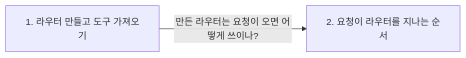
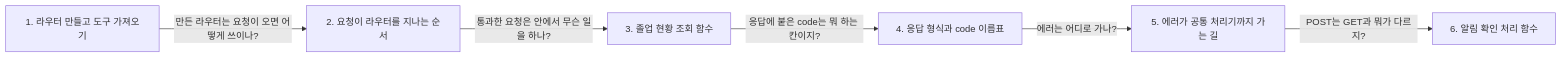
One commit to ChildrenAon/TIL changed the first of 2 diagrams in 2026/November/11-05.md. Above: the diagram before and after it, drawn with Mermaid. The commit also changed other lines of this file and 3 other files, not shown here.

Commit message:
til: 2026-11-05 졸업 현황 조회 함수, 응답 형식과 code 이름표, 에러가 공통 처리기까지 가는 길, 알림 확인 처리 함수, .catch, module.exports

````diff
--- a/2026/November/11-05.md
+++ b/2026/November/11-05.md
@@ -14,4 +20,8 @@
 ```mermaid
 flowchart LR
   A["1. 라우터 만들고 도구 가져오기"] -->|"만든 라우터는 요청이 오면 어떻게 쓰이나?"| B["2. 요청이 라우터를 지나는 순서"]
+  B -->|"통과한 요청은 안에서 무슨 일을 하나?"| C["3. 졸업 현황 조회 함수"]
+  C -->|"응답에 붙은 code는 뭐 하는 칸이지?"| D["4. 응답 형식과 code 이름표"]
+  D -->|"에러는 어디로 가나?"| E["5. 에러가 공통 처리기까지 가는 길"]
+  E -->|"POST는 GET과 뭐가 다르지?"| F["6. 알림 확인 처리 함수"]
 ```
````
